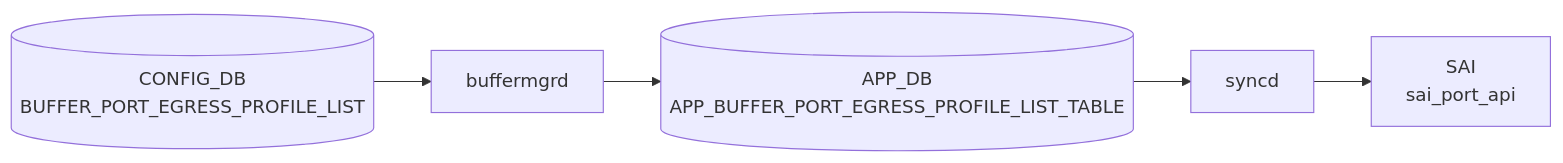
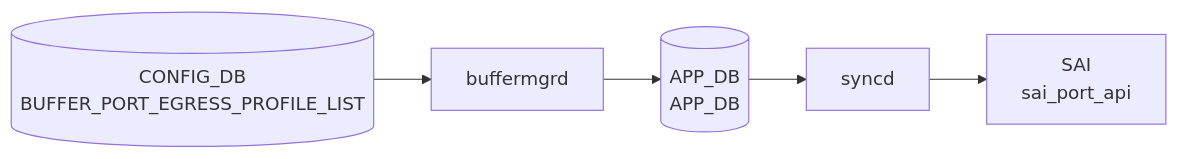
The diagram in docs/reference/config-db/buffer-port-egress-profile-list.md (aoki-taquan/sonic-unofficial-docs), drawn with Mermaid before and after one commit. The commit also changed 12 other files, not shown here.

````diff
--- a/docs/reference/config-db/buffer-port-egress-profile-list.md
+++ b/docs/reference/config-db/buffer-port-egress-profile-list.md
@@ -35,12 +35,12 @@
 ```mermaid
 flowchart LR
   CDB[("CONFIG_DB<br/>BUFFER_PORT_EGRESS_PROFILE_LIST")]
   DM["buffermgrd"]
   CDB --> DM
-  APPDB[("APP_DB<br/>APP_BUFFER_PORT_EGRESS_PROFILE_LIST_TABLE")]
+  APPDB[("APP_DB<br/>APP_DB")]
   DM --> APPDB
   SYNCD["syncd"]
   APPDB --> SYNCD
   SAI["SAI<br/>sai_port_api"]
   SYNCD --> SAI
 ```
````
